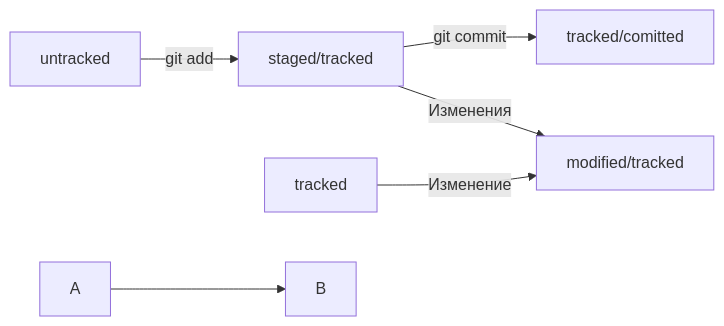
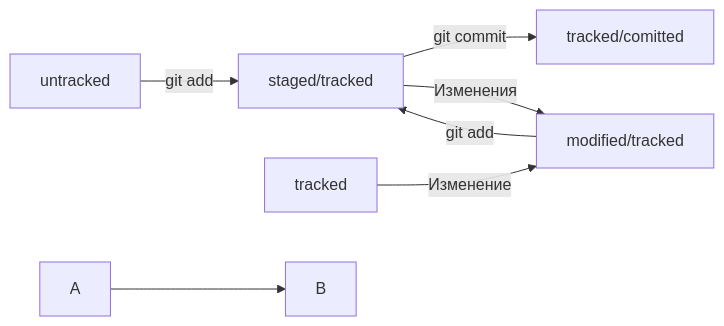
One commit to antonivashevich/yandex changed the second of 2 diagrams in README.md. Above: the diagram before and after it, drawn with Mermaid.

Commit message:
Добавление точки modified

````diff
--- a/README.md
+++ b/README.md
@@ -61,9 +61,10 @@
 ```mermaid
 graph LR;
   untracked -- "git add" --> staged/tracked;
   staged/tracked -- "git commit" --> tracked/comitted;
   staged/tracked -- "Изменения" --> modified/tracked;
   tracked -- "Изменение" --> modified/tracked;
+  modified/tracked -- "git add" --> staged/tracked;
 %% стрелка без текста для примера: 
   A --> B;
 ``` 
````
